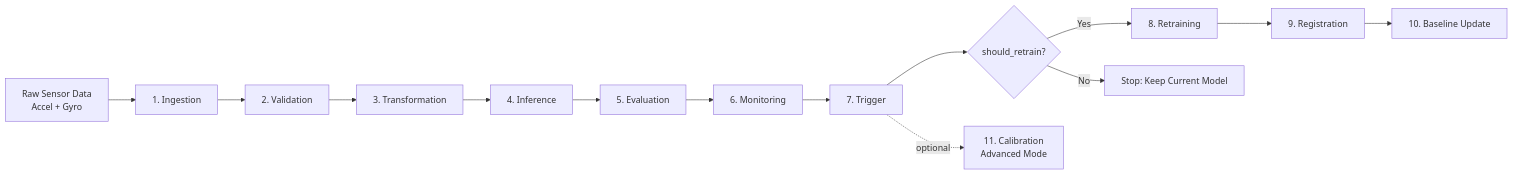
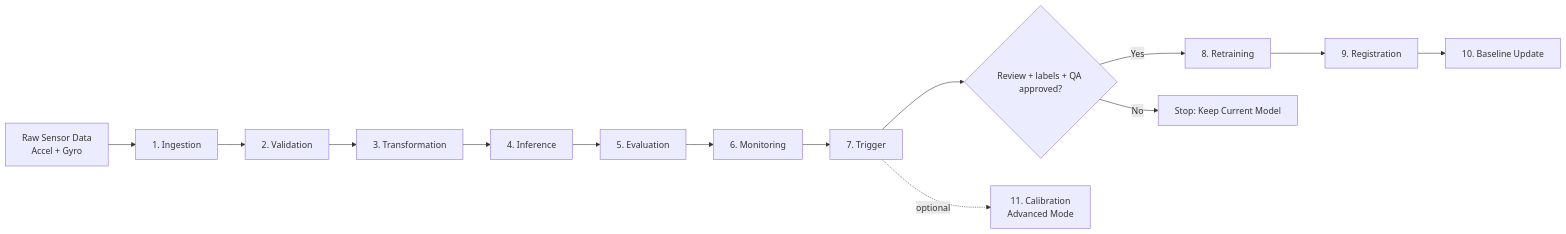
One commit to ShalinVachheta017/wearable-har-mlops-pipeline changed the first of 2 diagrams in README.md. Above: the diagram before and after it, drawn with Mermaid. The commit also changed other lines of this file and 450 other files, not shown here.

````diff
--- a/README.md
+++ b/README.md
@@ -32,18 +32,18 @@
 ```mermaid
 flowchart LR
     A[Raw Sensor Data<br/>Accel + Gyro] --> B[1. Ingestion]
     B --> C[2. Validation]
     C --> D[3. Transformation]
     D --> E[4. Inference]
     E --> F[5. Evaluation]
     F --> G[6. Monitoring]
     G --> H[7. Trigger]
 
-    H --> I{should_retrain?}
+    H --> I{Review + labels + QA approved?}
     I -- Yes --> J[8. Retraining]
     J --> K[9. Registration]
     K --> L[10. Baseline Update]
     I -- No --> M[Stop: Keep Current Model]
 
     H -. optional .-> N[11. Calibration<br/>Advanced Mode]
 ```
````
